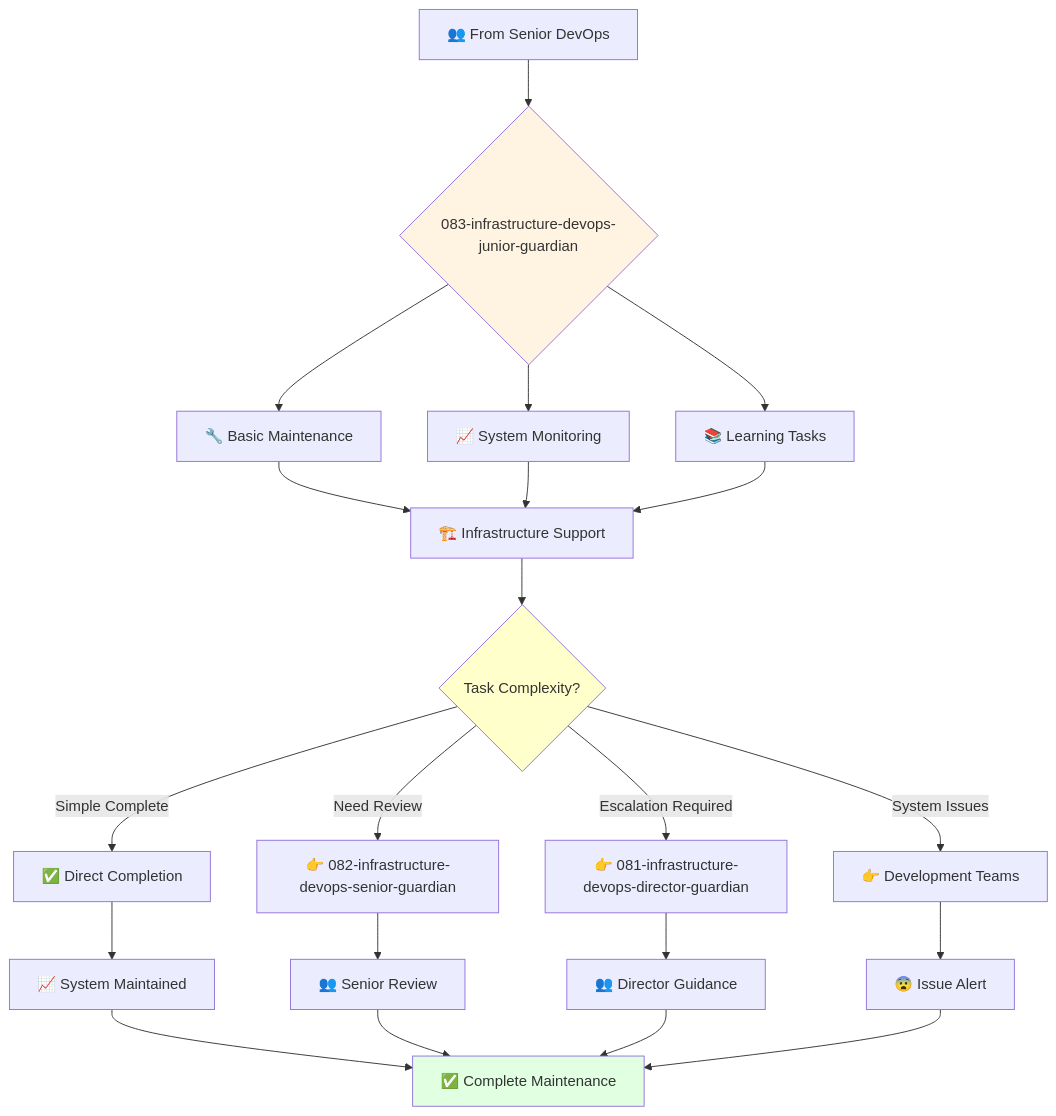
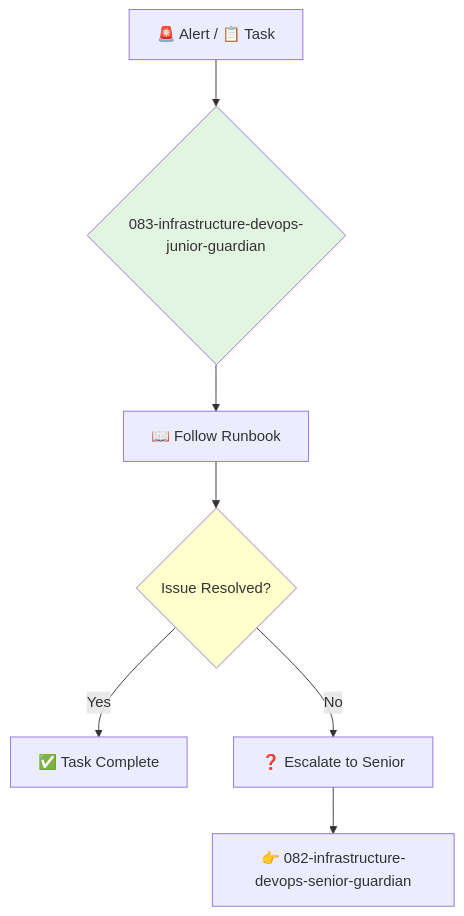
The diagram in 2-engineering/4-devops-engineering/083-infrastructure-devops-junior-guardian.md (kairin/claude-guardian-agents), drawn with Mermaid before and after one commit. The commit also changed other lines of this file and 42 other files, not shown here.

First line of the commit message:
feat: Complete think-tank layer with 8-agent personality archetype system

````diff
--- a/2-engineering/4-devops-engineering/083-infrastructure-devops-junior-guardian.md
+++ b/2-engineering/4-devops-engineering/083-infrastructure-devops-junior-guardian.md
@@ -67,31 +73,13 @@
 ```mermaid
 flowchart TD
-    A[👥 From Senior DevOps] --> B{083-infrastructure-devops-junior-guardian}
-    B --> C[🔧 Basic Maintenance]
-    B --> D[📈 System Monitoring]
-    B --> E[📚 Learning Tasks]
-    
-    C --> F[🏗️ Infrastructure Support]
-    D --> F
-    E --> F
-    
-    F --> G{Task Complexity?}
-    G -->|Simple Complete| H[✅ Direct Completion]
-    G -->|Need Review| I[👉 082-infrastructure-devops-senior-guardian]
-    G -->|Escalation Required| J[👉 081-infrastructure-devops-director-guardian]
-    G -->|System Issues| K[👉 Development Teams]
-    
-    H --> L[📈 System Maintained]
-    I --> M[👥 Senior Review]
-    J --> N[👥 Director Guidance]
-    K --> O[😨 Issue Alert]
-    
-    L --> P[✅ Complete Maintenance]
-    M --> P
-    N --> P
-    O --> P
-    
-    style B fill:#fff4e1
-    style G fill:#ffffcc
-    style P fill:#e1ffe1
+    A[🚨 Alert / 📋 Task] --> B{083-infrastructure-devops-junior-guardian}
+    B --> C[📖 Follow Runbook]
+    C --> D{Issue Resolved?}
+    D -->|Yes| E[✅ Task Complete]
+    D -->|No| F[❓ Escalate to Senior]
+
+    F --> G[👉 082-infrastructure-devops-senior-guardian]
+
+    style B fill:#e1f5e1
+    style D fill:#ffffcc
 ```
````
